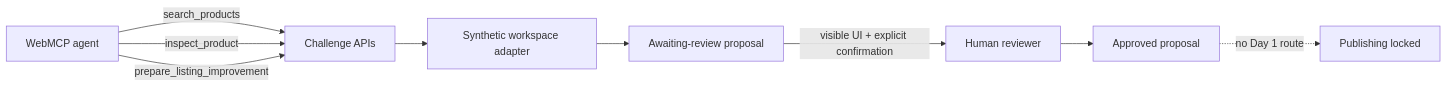
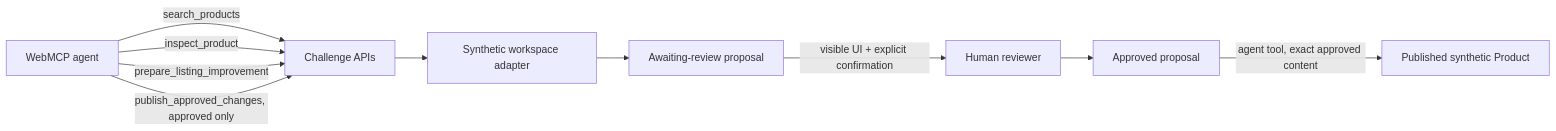
The diagram in README.md (daachihalima09-del/listingpilot-webmcp-agent), drawn with Mermaid before and after one commit. The commit also changed other lines of this file and 29 other files, not shown here.

````diff
--- a/README.md
+++ b/README.md
@@ -23,11 +24,12 @@
 ```mermaid
 flowchart LR
   A[WebMCP agent] -->|search_products| B[Challenge APIs]
   A -->|inspect_product| B
   A -->|prepare_listing_improvement| B
+  A -->|publish_approved_changes, approved only| B
   B --> C[Synthetic workspace adapter]
   C --> D[Awaiting-review proposal]
   D -->|visible UI + explicit confirmation| H[Human reviewer]
   H --> E[Approved proposal]
-  E -. no Day 1 route .-> F[Publishing locked]
+  E -->|agent tool, exact approved content| F[Published synthetic Product]
 ```
````
